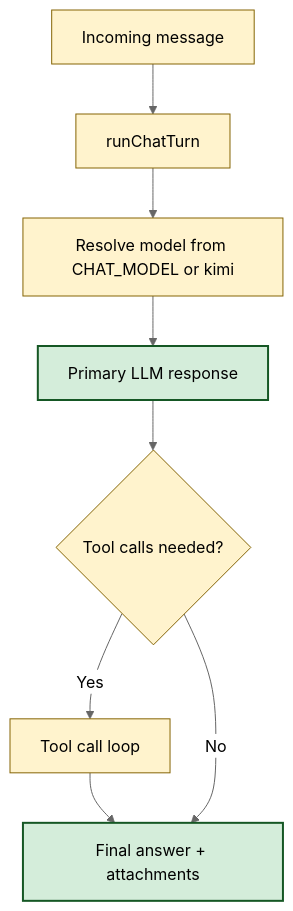
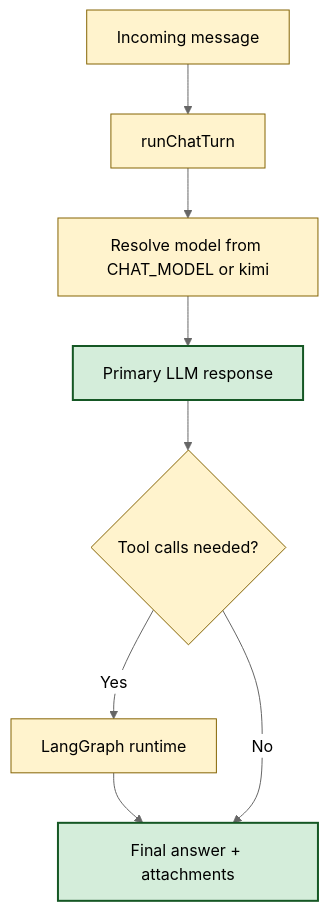
Before and after one commit to BokX1/Sage: the diagram in docs/reference/MODELS.md, drawn with Mermaid (neutral theme). The commit also changed 61 other files, not shown here.

Commit message:
feat: hard-cut Sage runtime to LangGraph

````diff
--- a/docs/reference/MODELS.md
+++ b/docs/reference/MODELS.md
@@ -35,13 +35,13 @@
 ```mermaid
 flowchart TD
     classDef logic fill:#fff3cd,stroke:#856404,stroke-width:1px,color:black
     classDef model fill:#d4edda,stroke:#155724,stroke-width:2px,color:black
 
     A[Incoming message]:::logic --> B[runChatTurn]:::logic
     B --> C[Resolve model from CHAT_MODEL or kimi]:::logic
     C --> D[Primary LLM response]:::model
     D --> E{Tool calls needed?}:::logic
-    E -->|Yes| F[Tool call loop]:::logic
+    E -->|Yes| F[LangGraph runtime]:::logic
     F --> G[Final answer + attachments]:::model
     E -->|No| G
 ```
````
